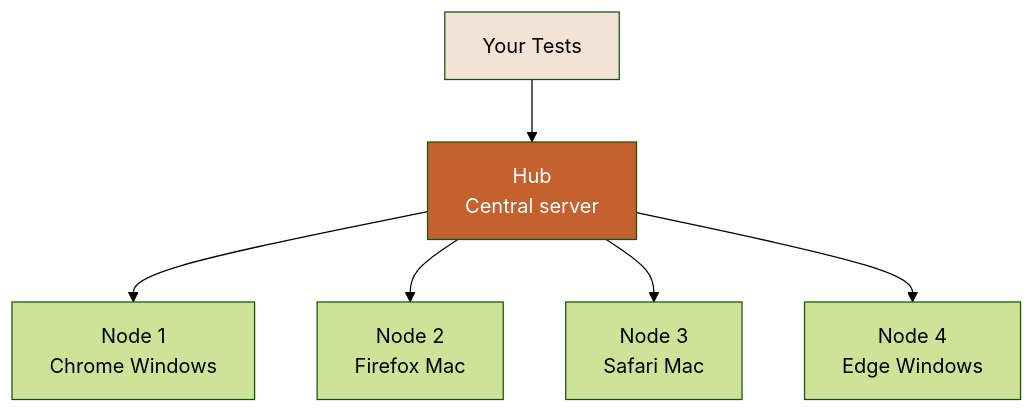
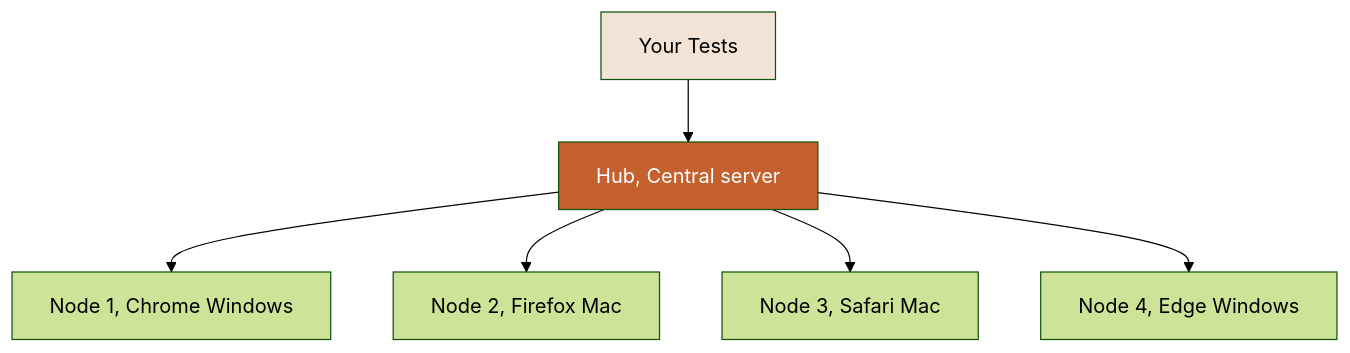
One commit to namnd0806/automation-testing-cource changed the fourth of 9 diagrams in 04-selenium-introduction.md. Above: the diagram before and after it, drawn with Mermaid (forest theme). The commit also changed other lines of this file and 4 other files, not shown here.

First line of the commit message:
Fix: Sửa tất cả sơ đồ Mermaid lỗi format

````diff
--- a/04-selenium-introduction.md
+++ b/04-selenium-introduction.md
@@ -156,14 +156,14 @@
 ```mermaid
 graph TD
-    A[Hub<br/>Central server]
+    A[Hub, Central server]
     
-    A --> B[Node 1<br/>Chrome Windows]
-    A --> C[Node 2<br/>Firefox Mac]
-    A --> D[Node 3<br/>Safari Mac]
-    A --> E[Node 4<br/>Edge Windows]
+    A --> B[Node 1, Chrome Windows]
+    A --> C[Node 2, Firefox Mac]
+    A --> D[Node 3, Safari Mac]
+    A --> E[Node 4, Edge Windows]
     
     F[Your Tests] --> A
     
     style A fill:#C4612F,color:#fff
     style F fill:#F2E3D6
 ```
````
